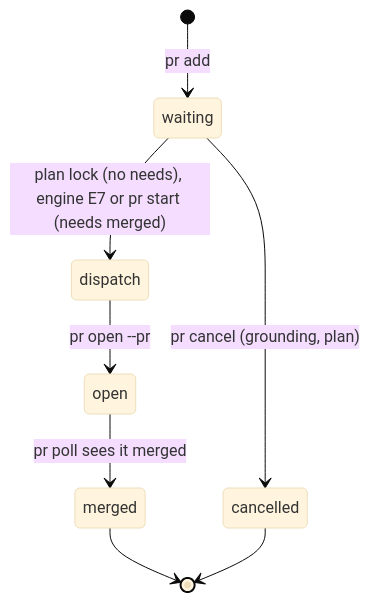
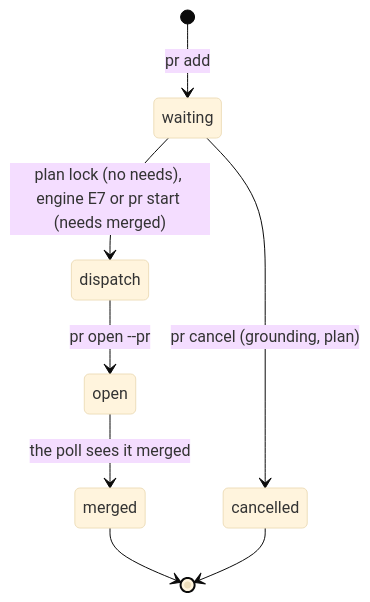
Before and after one commit to clayton-duarte/cpd: the fifth of 5 diagrams in docs/contract.md, drawn with Mermaid (base theme). The commit also changed other lines of this file and 46 other files, not shown here.

First line of the commit message:
One engine step polls all of the User's open PRs every 5 s; Leads can poll on demand (#13) (re-land of #13 on #12: migration renumbered to 6)

````diff
--- a/docs/contract.md
+++ b/docs/contract.md
@@ -603,10 +626,10 @@
 ```mermaid
 stateDiagram-v2
   [*] --> waiting: pr add
   waiting --> dispatch: plan lock (no needs), engine E7 or pr start (needs merged)
   waiting --> cancelled: pr cancel (grounding, plan)
   dispatch --> open: pr open --pr
-  open --> merged: pr poll sees it merged
+  open --> merged: the poll sees it merged
   merged --> [*]
   cancelled --> [*]
 ```
````
